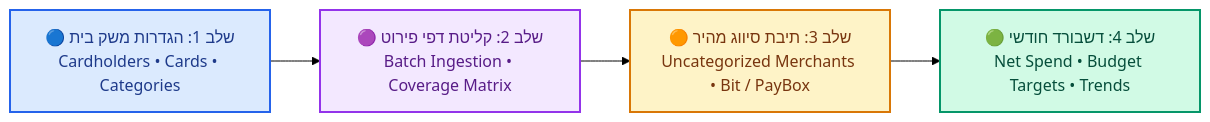
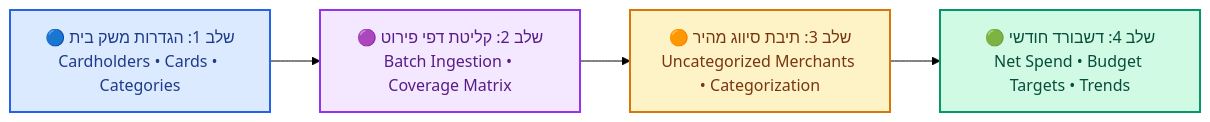
The diagram in README.md (netanelC/bills-management), drawn with Mermaid (forest theme) before and after one commit. The commit also changed other lines of this file and 7 other files, not shown here.

````diff
--- a/README.md
+++ b/README.md
@@ -9,19 +9,19 @@
 ```mermaid
 flowchart LR
     S1["🔵 שלב 1: הגדרות משק בית<br/>Cardholders • Cards • Categories"]
     S2["🟣 שלב 2: קליטת דפי פירוט<br/>Batch Ingestion • Coverage Matrix"]
-    S3["🟠 שלב 3: תיבת סיווג מהיר<br/>Uncategorized Merchants • Bit / PayBox"]
+    S3["🟠 שלב 3: תיבת סיווג מהיר<br/>Uncategorized Merchants • Categorization"]
     S4["🟢 שלב 4: דשבורד חודשי<br/>Net Spend • Budget Targets • Trends"]
 
     S1 --> S2 --> S3 --> S4
 
     classDef step1 fill:#dbeafe,stroke:#2563eb,stroke-width:2px,color:#1e3a8a;
     classDef step2 fill:#f3e8ff,stroke:#9333ea,stroke-width:2px,color:#581c87;
     classDef step3 fill:#fef3c7,stroke:#d97706,stroke-width:2px,color:#78350f;
     classDef step4 fill:#d1fae5,stroke:#059669,stroke-width:2px,color:#064e3b;
 
     class S1 step1;
     class S2 step2;
     class S3 step3;
     class S4 step4;
 ```
````
